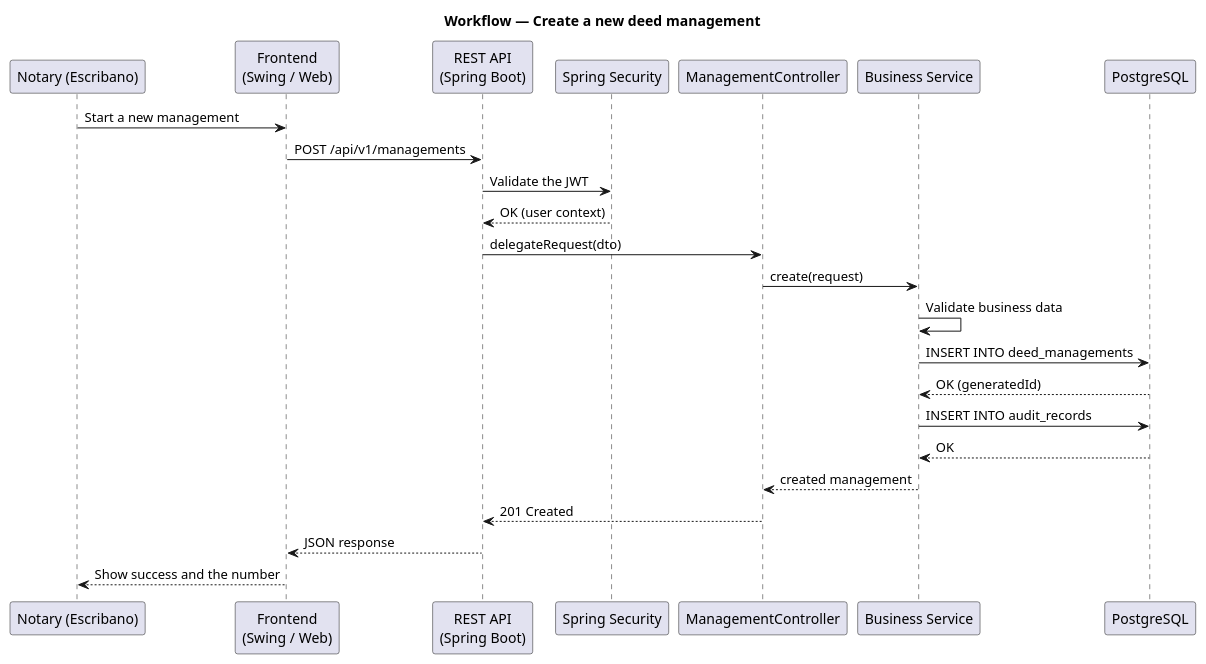
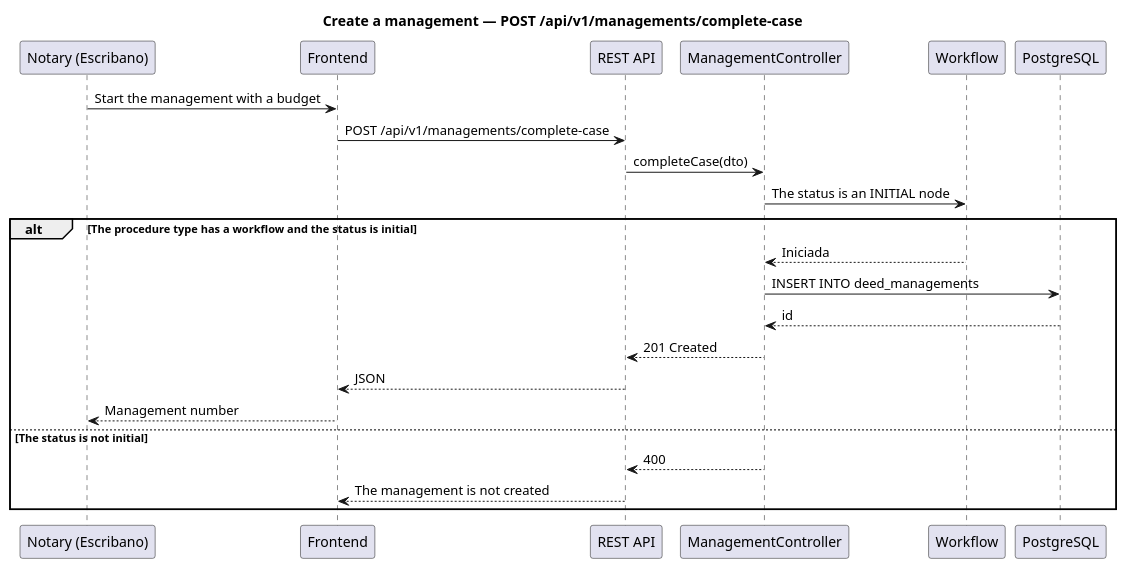
Before and after one commit to matiaspakua/notaire: the diagram in docs/200-architecture/204-diagrams/Diagrama de Estados/workflow-gestion.puml, drawn with PlantUML. The commit also changed 27 other files, not shown here.

```diff
--- a/docs/200-architecture/204-diagrams/Diagrama de Estados/workflow-gestion.puml
+++ b/docs/200-architecture/204-diagrams/Diagrama de Estados/workflow-gestion.puml
@@ -1,27 +1,28 @@
 @startuml
-title Workflow — Create a new deed management
+title Create a management — POST /api/v1/managements/complete-case
+
+skinparam shadowing false
 
 participant "Notary (Escribano)" as User
-participant "Frontend\n(Swing / Web)" as Client
-participant "REST API\n(Spring Boot)" as API
-participant "Spring Security" as Sec
+participant "Frontend" as Client
+participant "REST API" as API
 participant "ManagementController" as Ctrl
-participant "Business Service" as Svc
+participant "Workflow" as WF
 participant "PostgreSQL" as DB
 
-User -> Client : Start a new management
-Client -> API : POST /api/v1/managements
-API -> Sec : Validate the JWT
-Sec --> API : OK (user context)
-API -> Ctrl : delegateRequest(dto)
-Ctrl -> Svc : create(request)
-Svc -> Svc : Validate business data
-Svc -> DB : INSERT INTO deed_managements
-DB --> Svc : OK (generatedId)
-Svc -> DB : INSERT INTO audit_records
-DB --> Svc : OK
-Svc --> Ctrl : created management
-Ctrl --> API : 201 Created
-API --> Client : JSON response
-Client --> User : Show success and the number
+User -> Client : Start the management with a budget
+Client -> API : POST /api/v1/managements/complete-case
+API -> Ctrl : completeCase(dto)
+Ctrl -> WF : The status is an INITIAL node
+alt The procedure type has a workflow and the status is initial
+  WF --> Ctrl : Iniciada
+  Ctrl -> DB : INSERT INTO deed_managements
+  DB --> Ctrl : id
+  Ctrl --> API : 201 Created
+  API --> Client : JSON
+  Client --> User : Management number
+else The status is not initial
+  Ctrl --> API : 400
+  API --> Client : The management is not created
+end
 @enduml
```
